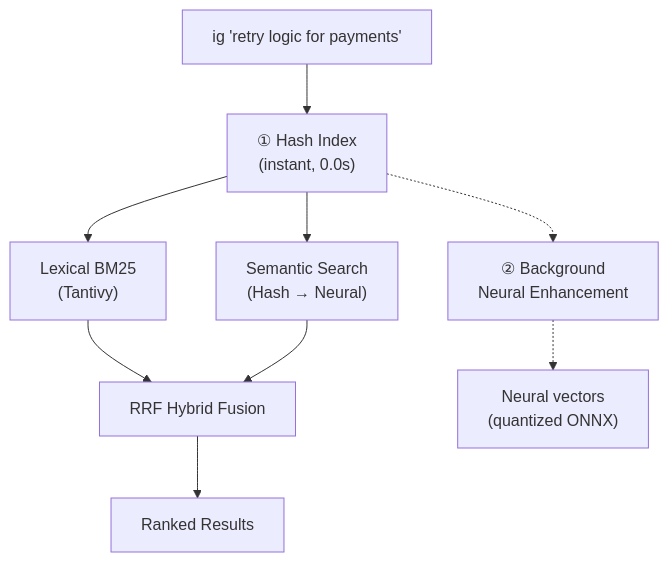
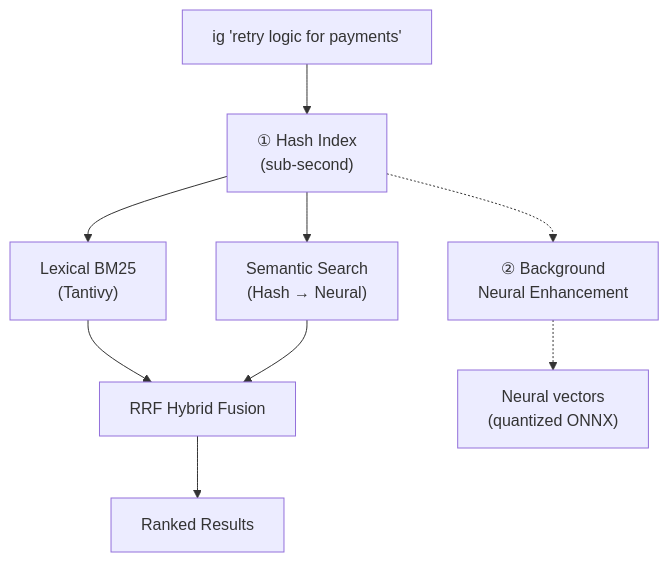
Before and after one commit to bvolpato/ivygrep: the diagram in README.md, drawn with Mermaid. The commit also changed other lines of this file, not shown here.

````diff
--- a/README.md
+++ b/README.md
@@ -100,12 +100,12 @@
 ```mermaid
 flowchart TD
     Q["ig 'retry logic for payments'"]
-    Q --> I["①  Hash Index\n(instant, 0.0s)"]
+    Q --> I["①  Hash Index\n(sub-second)"]
     I --> L["Lexical BM25\n(Tantivy)"]
     I --> S["Semantic Search\n(Hash → Neural)"]
     L --> F["RRF Hybrid Fusion"]
     S --> F
     F --> R["Ranked Results"]
     I -.-> BG["② Background\nNeural Enhancement"]
     BG -.-> NV["Neural vectors\n(quantized ONNX)"]
 ```
````
